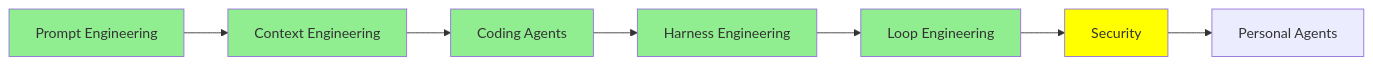
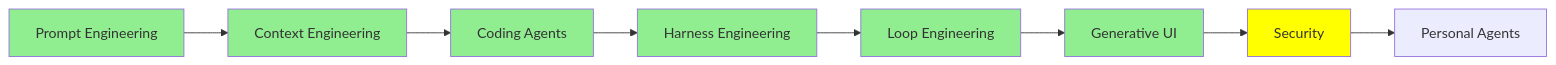
One commit to lokumai/ai-engineering-bazaar changed the second of 2 diagrams in mini-courses/2_intermediate/security.md. Above: the diagram before and after it, drawn with Mermaid. The commit also changed 99 other files, not shown here.

````diff
--- a/mini-courses/2_intermediate/security.md
+++ b/mini-courses/2_intermediate/security.md
@@ -140,15 +140,17 @@
 ```mermaid
 graph LR
     A[Prompt Engineering] --> B[Context Engineering]
     B --> C[Coding Agents]
     C --> D[Harness Engineering]
     D --> E[Loop Engineering]
-    E --> F[Security]
-    F --> G[Personal Agents]
+    E --> F[Generative UI]
+    F --> G[Security]
+    G --> H[Personal Agents]
     style A fill:#90EE90
     style B fill:#90EE90
     style C fill:#90EE90
     style D fill:#90EE90
     style E fill:#90EE90
-    style F fill:#FFFF00
+    style F fill:#90EE90
+    style G fill:#FFFF00
 ```
````
